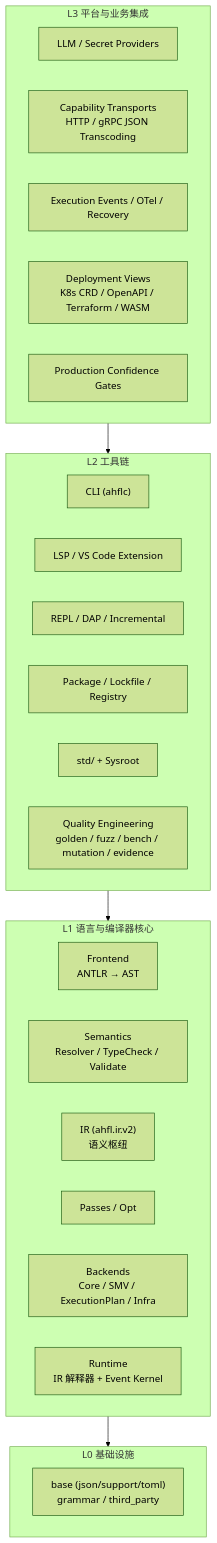
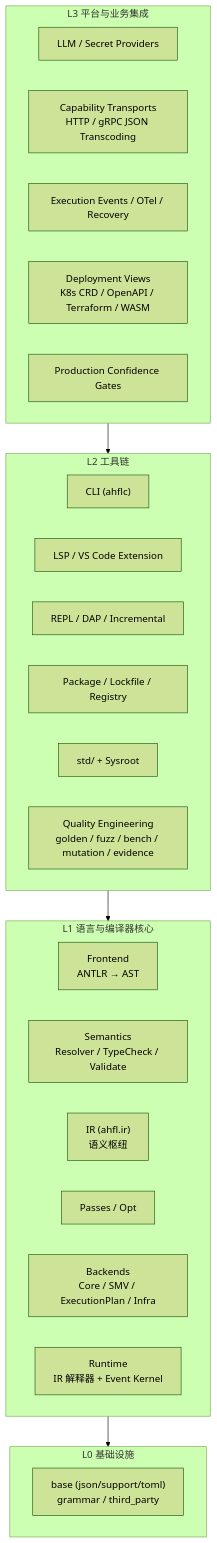
The first of 2 diagrams in docs/design/architecture-overview.zh.md (Zzzode/AHFL), drawn with Mermaid (forest theme) before and after one commit. The commit also changed other lines of this file and 933 other files, not shown here.

````diff
--- a/docs/design/architecture-overview.zh.md
+++ b/docs/design/architecture-overview.zh.md
@@ -15,32 +15,32 @@
 ```mermaid
 flowchart TD
     subgraph L3["L3 平台与业务集成"]
         P1["LLM / Secret Providers"]
         P2["Capability Transports<br/>HTTP / gRPC JSON Transcoding"]
         P3["Execution Events / OTel / Recovery"]
         P4["Deployment Views<br/>K8s CRD / OpenAPI / Terraform / WASM"]
         P5["Production Confidence Gates"]
     end
     subgraph L2["L2 工具链"]
         T1["CLI (ahflc)"]
         T2["LSP / VS Code Extension"]
         T3["REPL / DAP / Incremental"]
         T4["Package / Lockfile / Registry"]
         T5["std/ + Sysroot"]
         T6["Quality Engineering<br/>golden / fuzz / bench / mutation / evidence"]
     end
     subgraph L1["L1 语言与编译器核心"]
         C1["Frontend<br/>ANTLR → AST"]
         C2["Semantics<br/>Resolver / TypeCheck / Validate"]
-        C3["IR (ahfl.ir.v2)<br/>语义枢纽"]
+        C3["IR (ahfl.ir)<br/>语义枢纽"]
         C4["Passes / Opt"]
         C5["Backends<br/>Core / SMV / ExecutionPlan / Infra"]
         C6["Runtime<br/>IR 解释器 + Event Kernel"]
     end
     subgraph L0["L0 基础设施"]
         B1["base (json/support/toml)<br/>grammar / third_party"]
     end
     L3 --> L2
     L2 --> L1
     L1 --> L0
 ```
````
